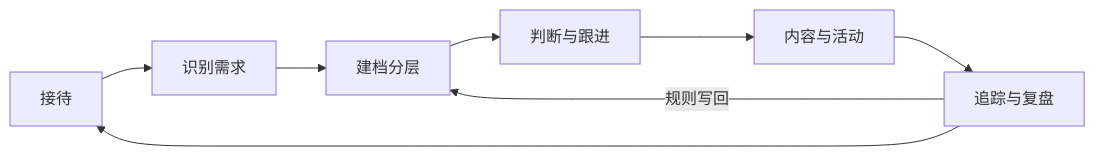
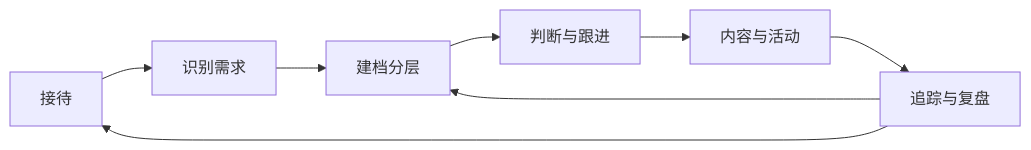
One commit to WeChat-AI-Skills/private-domain-ai-skills changed the diagram in README.md. Above: the diagram before and after it, drawn with Mermaid. The commit also changed other lines of this file and 1 other file, not shown here.

Commit message:
fix: 使用完整封面图并简化流程图语法

````diff
--- a/README.md
+++ b/README.md
@@ -27,10 +27,10 @@
 ```mermaid
-flowchart LR
-  A[接待] --> B[识别需求]
-  B --> C[建档分层]
-  C --> D[判断与跟进]
-  D --> E[内容与活动]
-  E --> F[追踪与复盘]
-  F -->|规则写回| C
+graph LR
+  A["接待"] --> B["识别需求"]
+  B --> C["建档分层"]
+  C --> D["判断与跟进"]
+  D --> E["内容与活动"]
+  E --> F["追踪与复盘"]
+  F --> C
   F --> A
 ```
````
